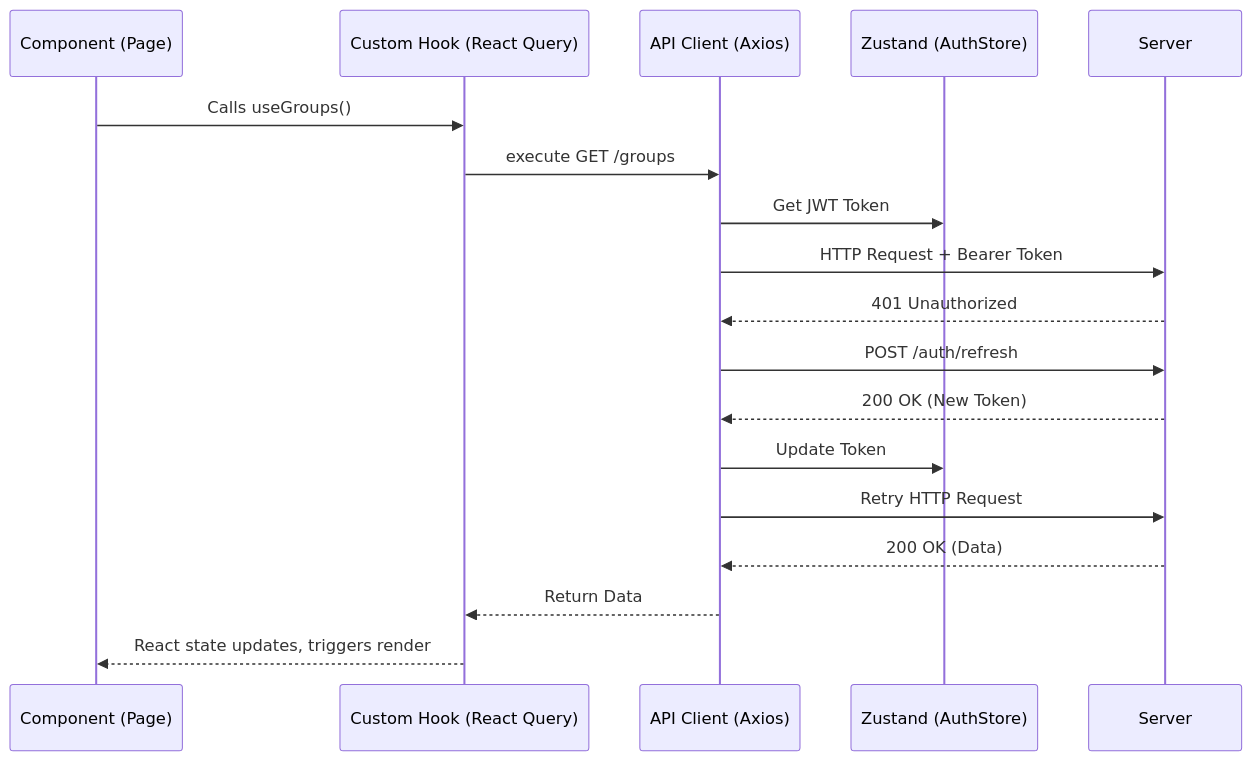
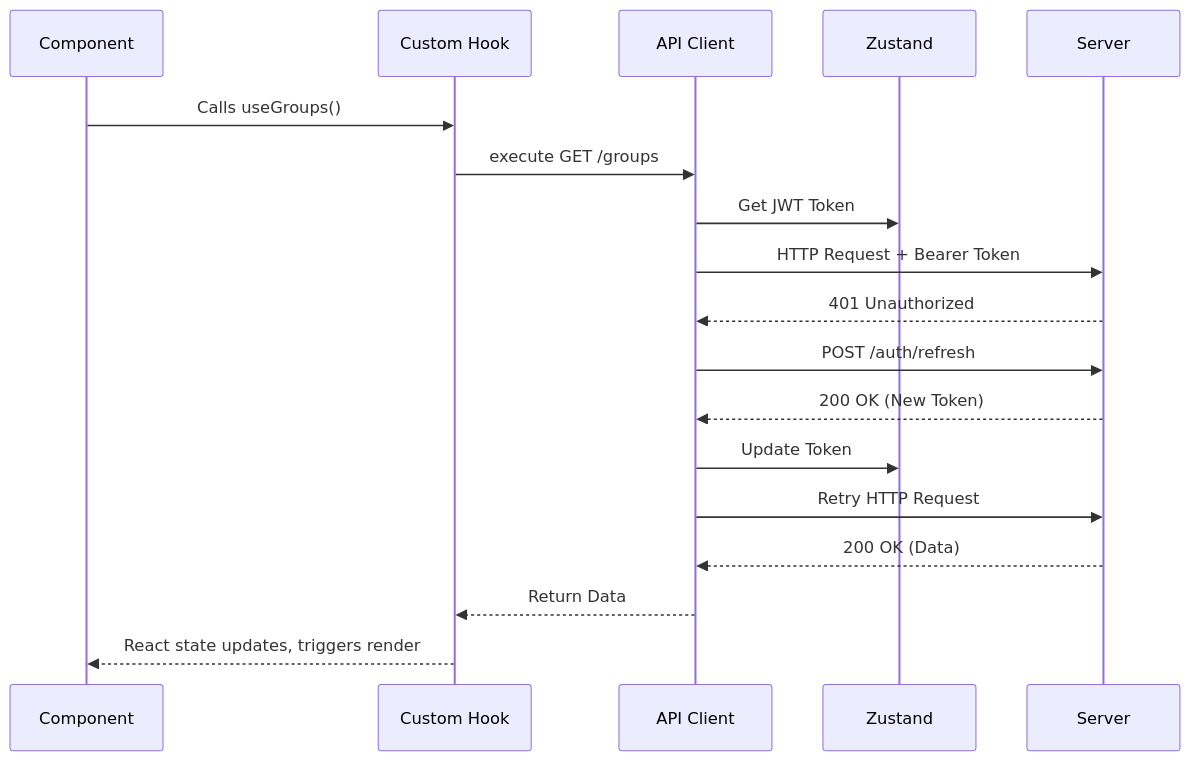
Before and after one commit to ibrhmahmd/techno_terminal_UI: the diagram in ARCHITECTURE.md, drawn with Mermaid. The commit also changed other lines of this file and 7 other files, not shown here.

````diff
--- a/ARCHITECTURE.md
+++ b/ARCHITECTURE.md
@@ -44,21 +110,21 @@
 ```mermaid
 sequenceDiagram
-    participant Component (Page)
-    participant Custom Hook (React Query)
-    participant API Client (Axios)
-    participant Zustand (AuthStore)
+    participant Component
+    participant Custom Hook
+    participant API Client
+    participant Zustand
     participant Server
 
-    Component (Page)->>Custom Hook (React Query): Calls useGroups()
-    Custom Hook (React Query)->>API Client (Axios): execute GET /groups
-    API Client (Axios)->>Zustand (AuthStore): Get JWT Token
-    API Client (Axios)->>Server: HTTP Request + Bearer Token
-    Server-->>API Client (Axios): 401 Unauthorized
-    API Client (Axios)->>Server: POST /auth/refresh
-    Server-->>API Client (Axios): 200 OK (New Token)
-    API Client (Axios)->>Zustand (AuthStore): Update Token
-    API Client (Axios)->>Server: Retry HTTP Request
-    Server-->>API Client (Axios): 200 OK (Data)
-    API Client (Axios)-->>Custom Hook (React Query): Return Data
-    Custom Hook (React Query)-->>Component (Page): React state updates, triggers render
+    Component->>Custom Hook: Calls useGroups()
+    Custom Hook->>API Client: execute GET /groups
+    API Client->>Zustand: Get JWT Token
+    API Client->>Server: HTTP Request + Bearer Token
+    Server-->>API Client: 401 Unauthorized
+    API Client->>Server: POST /auth/refresh
+    Server-->>API Client: 200 OK (New Token)
+    API Client->>Zustand: Update Token
+    API Client->>Server: Retry HTTP Request
+    Server-->>API Client: 200 OK (Data)
+    API Client-->>Custom Hook: Return Data
+    Custom Hook-->>Component: React state updates, triggers render
 ```
````
